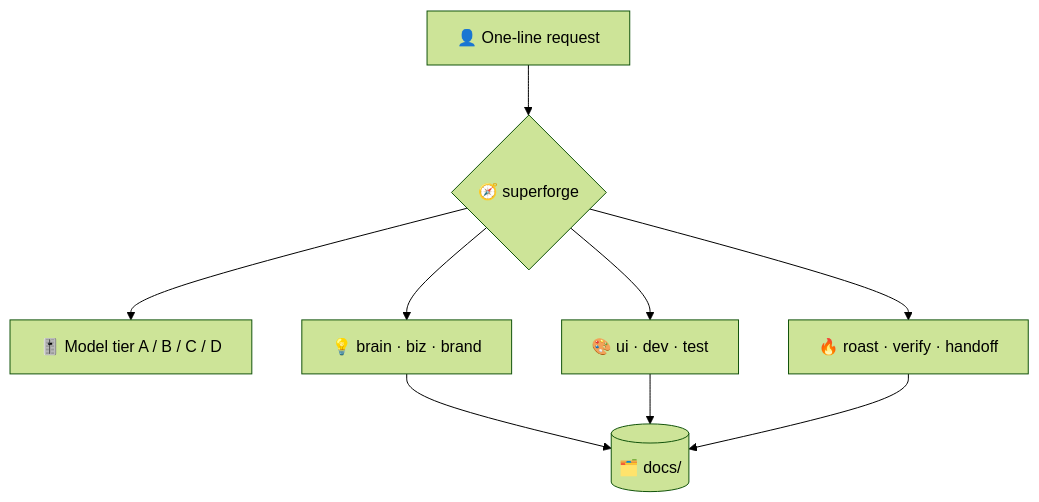
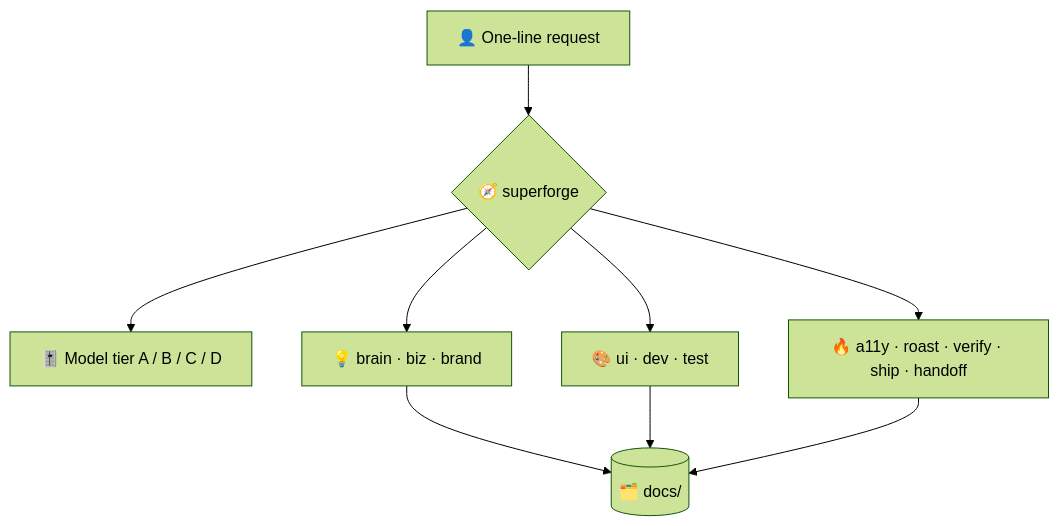
One commit to takaoumehara/superforge-skill changed the diagram in skills/superforge/README.md. Above: the diagram before and after it, drawn with Mermaid (forest theme). The commit also changed other lines of this file and 92 other files, not shown here.

````diff
--- a/skills/superforge/README.md
+++ b/skills/superforge/README.md
@@ -23,11 +23,11 @@
 ```mermaid
 flowchart TD
     U[👤 One-line request] --> R{🧭 superforge}
     R --> T[🎚️ Model tier A / B / C / D]
     R --> S1[💡 brain · biz · brand]
     R --> S2[🎨 ui · dev · test]
-    R --> S3[🔥 roast · verify · handoff]
+    R --> S3[🔥 a11y · roast · verify · ship · handoff]
     S1 --> D[(🗂️ docs/)]
     S2 --> D
     S3 --> D
 ```
````
